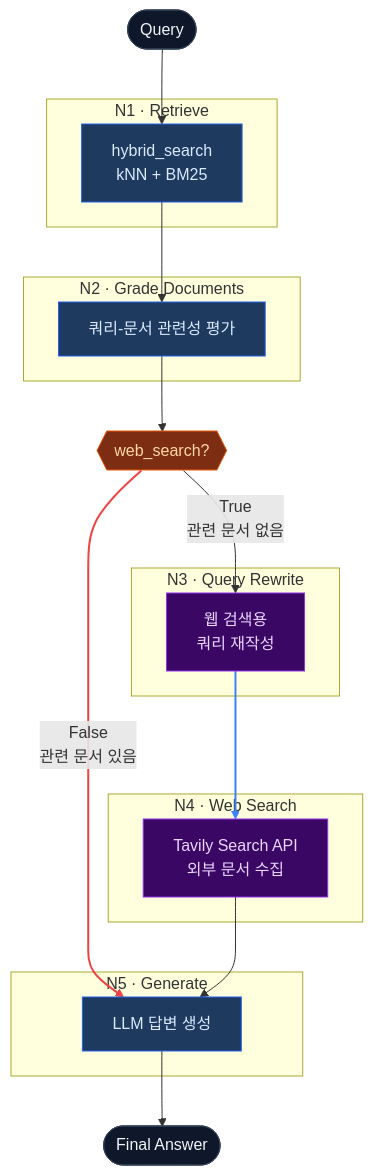
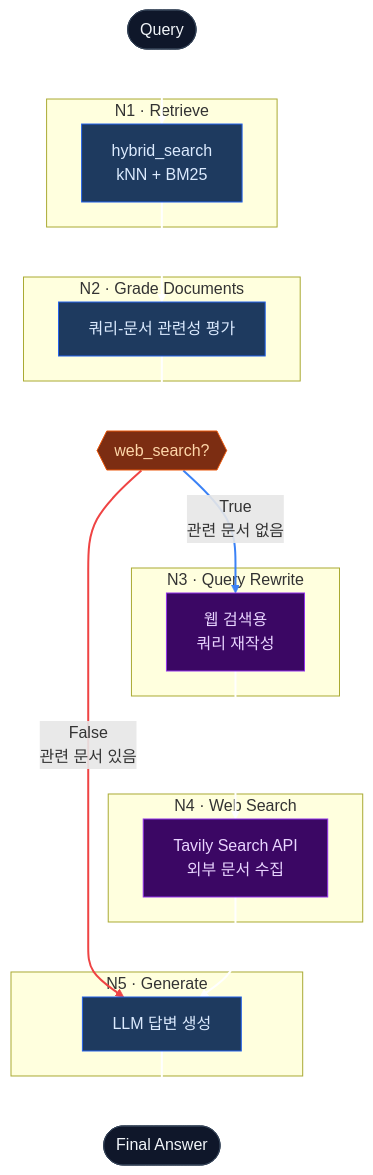
The second of 3 diagrams in README.md (linkmind-ai/rag-project), drawn with Mermaid before and after one commit.

Commit message:
chore: fix corrective rag pipeline mermaid

````diff
--- a/README.md
+++ b/README.md
@@ -94,45 +94,51 @@
 ```mermaid
 flowchart TD
     classDef io       fill:#0f172a,stroke:#334155,color:#f1f5f9,rx:16,ry:16
     classDef process  fill:#1e3a5f,stroke:#2563eb,color:#dbeafe
     classDef decide   fill:#7c2d12,stroke:#ea580c,color:#fed7aa
     classDef web      fill:#3b0764,stroke:#9333ea,color:#e9d5ff
 
     START(["Query"]):::io
 
     subgraph SG1["  N1 · Retrieve  "]
         R["hybrid_search\n kNN + BM25"]:::process
     end
 
     subgraph SG2["  N2 · Grade Documents  "]
         G["쿼리-문서 관련성 평가"]:::process
     end
 
     DEC{{"web_search?"}}:::decide
 
     subgraph SG3["  N3 · Query Rewrite  "]
         QR["웹 검색용\n쿼리 재작성"]:::web
     end
 
     subgraph SG4["  N4 · Web Search  "]
         WS["Tavily Search API\n외부 문서 수집"]:::web
     end
 
     subgraph SG5["  N5 · Generate  "]
         GEN["LLM 답변 생성"]:::process
     end
 
     END(["Final Answer"]):::io
 
     START --> R
     R --> G
     G --> DEC
     DEC -- "True\n관련 문서 없음" --> QR
     DEC -- "False\n관련 문서 있음" --> GEN
     QR --> WS
     WS --> GEN
     GEN --> END
 
+    linkStyle 0 stroke:#ffffff,stroke-width:2px
+    linkStyle 1 stroke:#ffffff,stroke-width:2px
+    linkStyle 2 stroke:#ffffff,stroke-width:2px
+    linkStyle 3 stroke:#3b82f6,stroke-width:2px
     linkStyle 4 stroke:#ef4444,stroke-width:2px
-    linkStyle 5 stroke:#3b82f6,stroke-width:2px
+    linkStyle 5 stroke:#ffffff,stroke-width:2px
+    linkStyle 6 stroke:#ffffff,stroke-width:2px
+    linkStyle 7 stroke:#ffffff,stroke-width:2px
 ```
````
